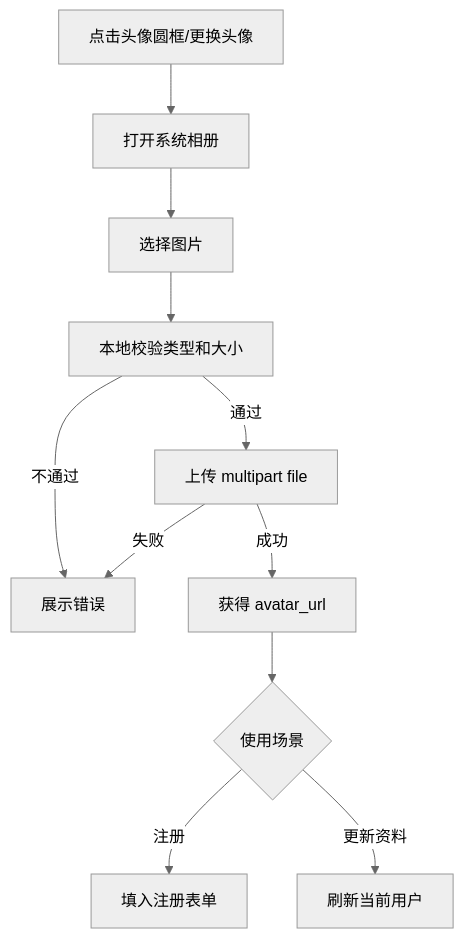
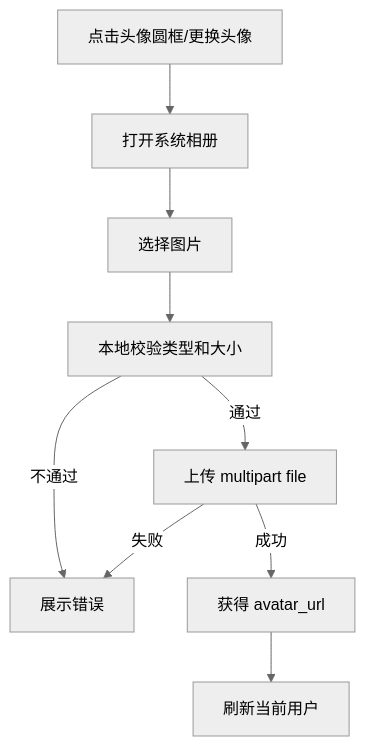
One commit to DancingCodes/room-app changed the eighth of 8 diagrams in docs/客户端逻辑设计.md. Above: the diagram before and after it, drawn with Mermaid (neutral theme). The commit also changed other lines of this file and 9 other files, not shown here.

````diff
--- a/docs/客户端逻辑设计.md
+++ b/docs/客户端逻辑设计.md
@@ -171,13 +131,11 @@
 ```mermaid
 flowchart TD
     A[点击头像圆框/更换头像] --> B[打开系统相册]
     B --> C[选择图片]
     C --> E[本地校验类型和大小]
     E -- 通过 --> F[上传 multipart file]
     E -- 不通过 --> G[展示错误]
     F -- 成功 --> H[获得 avatar_url]
     F -- 失败 --> G
-    H --> I{使用场景}
-    I -- 注册 --> J[填入注册表单]
-    I -- 更新资料 --> K[刷新当前用户]
+    H --> K[刷新当前用户]
 ```
````
